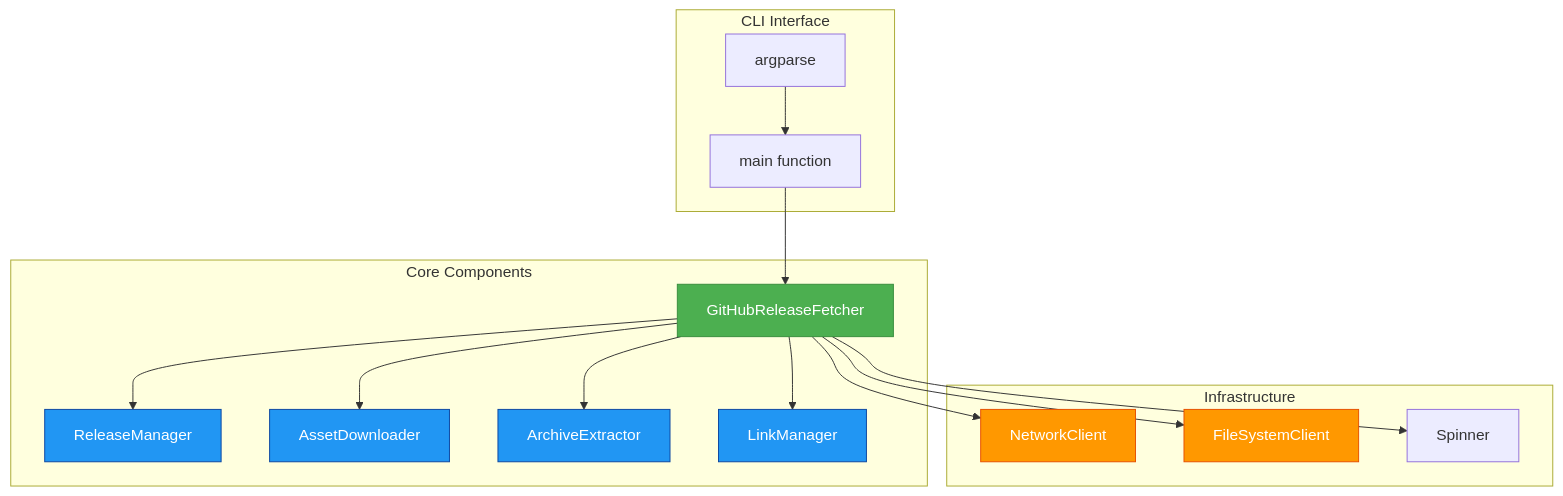
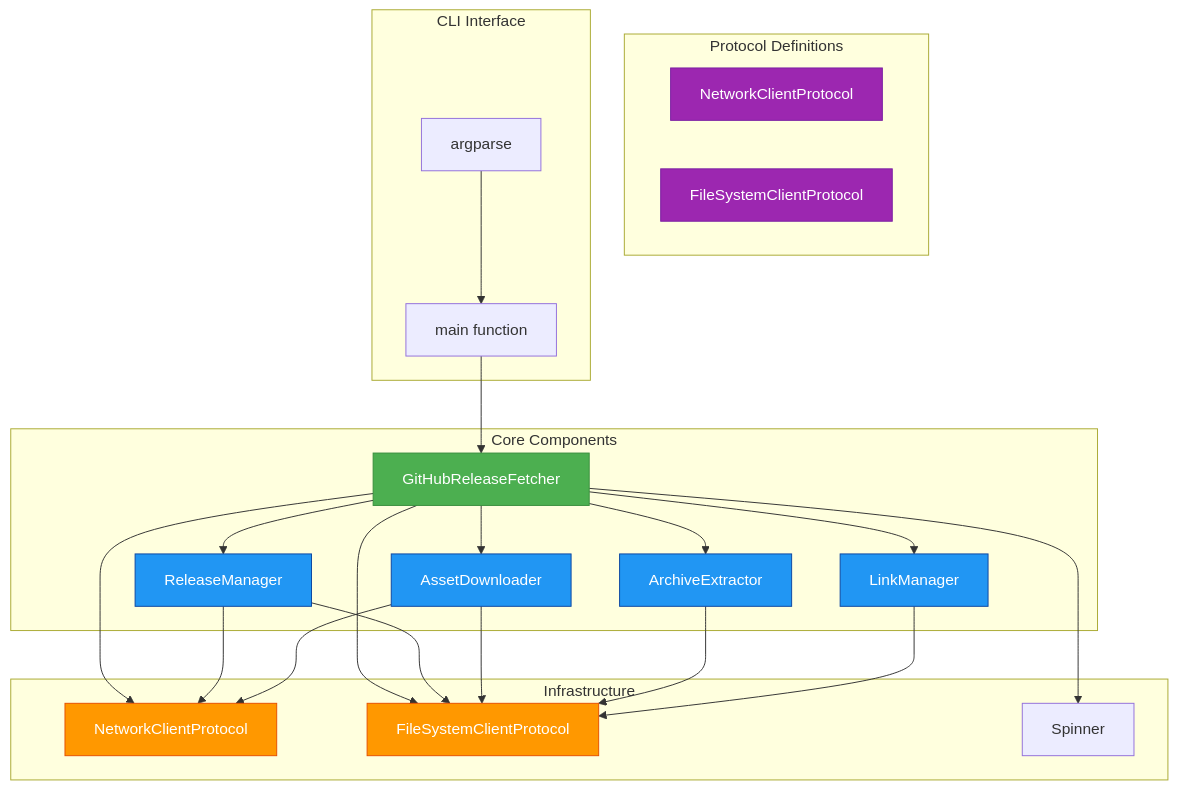
One commit to WombatFromHell/protonge-fetcher changed the first of 8 diagrams in DESIGN.md. Above: the diagram before and after it, drawn with Mermaid. The commit also changed other lines of this file and 41 other files, not shown here.

````diff
--- a/DESIGN.md
+++ b/DESIGN.md
@@ -11,34 +11,47 @@
 ```mermaid
 graph TB
     subgraph "Core Components"
         A[GitHubReleaseFetcher] --> B[ReleaseManager]
         A --> C[AssetDownloader]
         A --> D[ArchiveExtractor]
         A --> E[LinkManager]
     end
 
     subgraph "Infrastructure"
-        F[NetworkClient]
-        G[FileSystemClient]
+        F[NetworkClientProtocol]
+        G[FileSystemClientProtocol]
         H[Spinner]
     end
 
+    subgraph "Protocol Definitions"
+        I[NetworkClientProtocol]
+        J[FileSystemClientProtocol]
+    end
+
     subgraph "CLI Interface"
-        I[main function]
-        J[argparse]
+        K[main function]
+        L[argparse]
     end
 
     A --> F
     A --> G
     A --> H
-    I --> A
-    J --> I
+    B --> F
+    B --> G
+    C --> F
+    C --> G
+    D --> G
+    E --> G
+    K --> A
+    L --> K
 
     style A fill:#4CAF50,stroke:#388E3C,color:#fff
     style B fill:#2196F3,stroke:#0D47A1,color:#fff
     style C fill:#2196F3,stroke:#0D47A1,color:#fff
     style D fill:#2196F3,stroke:#0D47A1,color:#fff
     style E fill:#2196F3,stroke:#0D47A1,color:#fff
     style F fill:#FF9800,stroke:#E65100,color:#fff
     style G fill:#FF9800,stroke:#E65100,color:#fff
+    style I fill:#9C27B0,stroke:#7B1FA2,color:#fff
+    style J fill:#9C27B0,stroke:#7B1FA2,color:#fff
 ```
````
